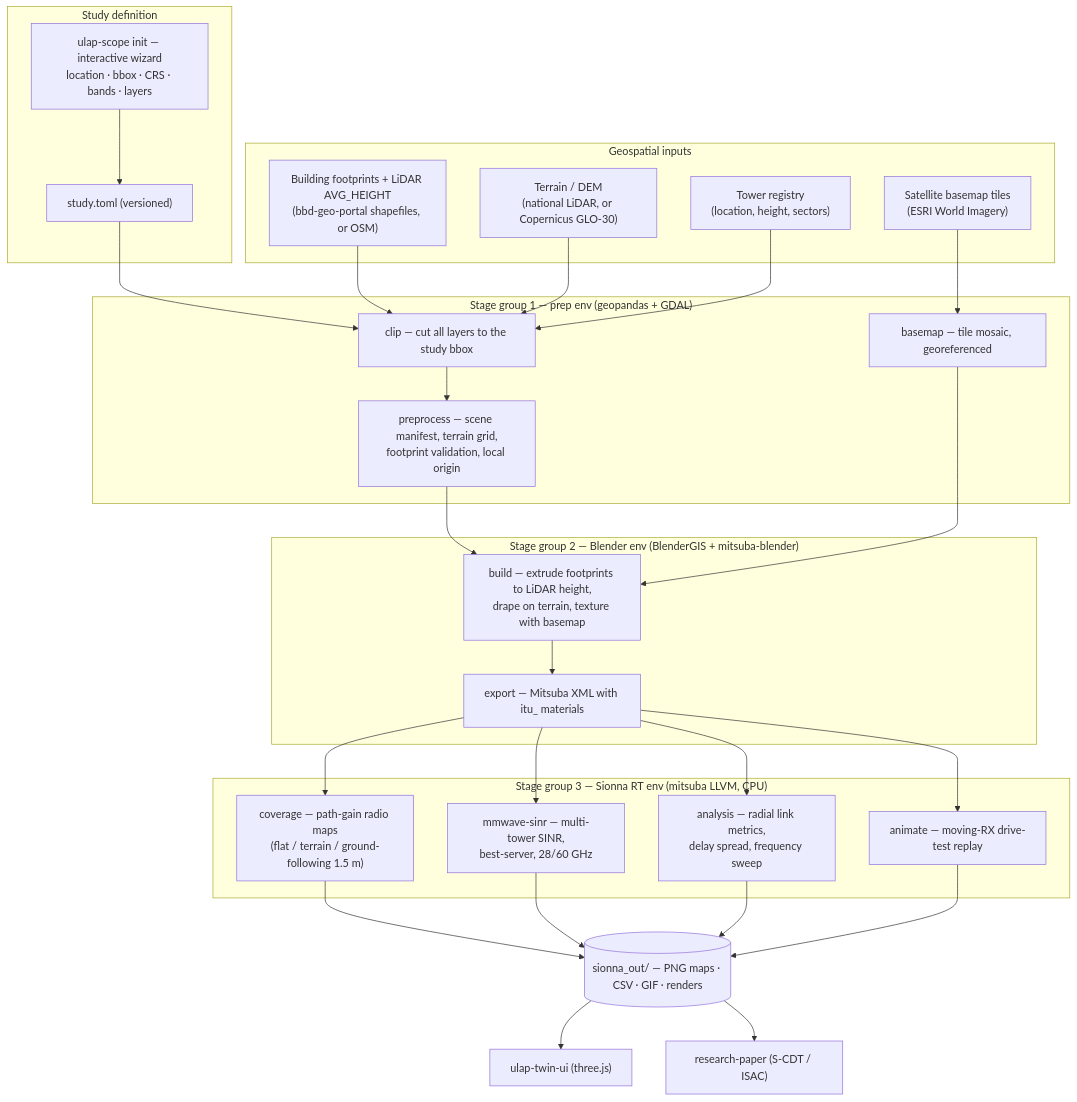
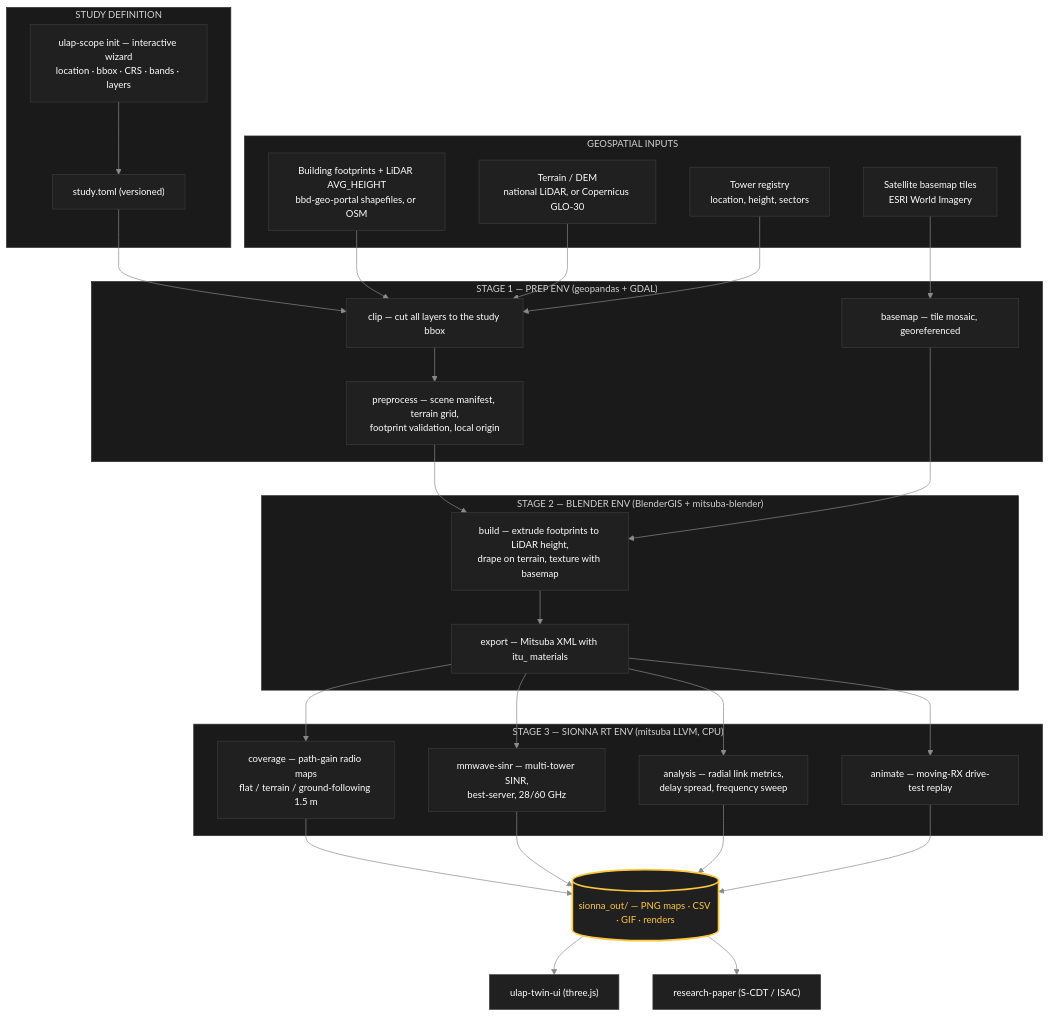
The diagram in docs/ARCHITECTURE.md (aminitech/aminiulap-digital-twin), drawn with Mermaid before and after one commit. The commit also changed other lines of this file and 52 other files, not shown here.

````diff
--- a/docs/ARCHITECTURE.md
+++ b/docs/ARCHITECTURE.md
@@ -7,42 +7,46 @@
 ```mermaid
+%%{init: {'theme':'base','themeVariables':{'darkMode':true,'background':'#121212','primaryColor':'#202020','primaryTextColor':'#FFFFFF','primaryBorderColor':'#3A3A3A','lineColor':'#8A8A8A','textColor':'#FFFFFF','mainBkg':'#202020','nodeBorder':'#3A3A3A','clusterBkg':'#1A1A1A','clusterBorder':'#2E2E2E','edgeLabelBackground':'#1A1A1A','fontSize':'14px'}}}%%
 flowchart TB
-  subgraph INPUTS["Geospatial inputs"]
-    SHP["Building footprints + LiDAR AVG_HEIGHT\n(bbd-geo-portal shapefiles, or OSM)"]
-    DEM["Terrain / DEM\n(national LiDAR, or Copernicus GLO-30)"]
-    SAT["Satellite basemap tiles\n(ESRI World Imagery)"]
-    TWR["Tower registry\n(location, height, sectors)"]
+  subgraph INPUTS["GEOSPATIAL INPUTS"]
+    SHP["Building footprints + LiDAR AVG_HEIGHT<br/>bbd-geo-portal shapefiles, or OSM"]
+    DEM["Terrain / DEM<br/>national LiDAR, or Copernicus GLO-30"]
+    SAT["Satellite basemap tiles<br/>ESRI World Imagery"]
+    TWR["Tower registry<br/>location, height, sectors"]
   end
 
-  subgraph STUDY["Study definition"]
-    WIZ["ulap-scope init — interactive wizard\nlocation · bbox · CRS · bands · layers"]
+  subgraph STUDY["STUDY DEFINITION"]
+    WIZ["ulap-scope init — interactive wizard<br/>location · bbox · CRS · bands · layers"]
     TOML["study.toml (versioned)"]
     WIZ --> TOML
   end
 
-  subgraph PREP["Stage group 1 — prep env (geopandas + GDAL)"]
+  subgraph PREP["STAGE 1 — PREP ENV (geopandas + GDAL)"]
     CLIP["clip — cut all layers to the study bbox"]
-    PRE["preprocess — scene manifest, terrain grid,\nfootprint validation, local origin"]
+    PRE["preprocess — scene manifest, terrain grid,<br/>footprint validation, local origin"]
     BASE["basemap — tile mosaic, georeferenced"]
   end
 
-  subgraph BLD["Stage group 2 — Blender env (BlenderGIS + mitsuba-blender)"]
-    BUILD["build — extrude footprints to LiDAR height,\ndrape on terrain, texture with basemap"]
+  subgraph BLD["STAGE 2 — BLENDER ENV (BlenderGIS + mitsuba-blender)"]
+    BUILD["build — extrude footprints to LiDAR height,<br/>drape on terrain, texture with basemap"]
     EXP["export — Mitsuba XML with itu_ materials"]
   end
 
-  subgraph RT["Stage group 3 — Sionna RT env (mitsuba LLVM, CPU)"]
-    COV["coverage — path-gain radio maps\n(flat / terrain / ground-following 1.5 m)"]
-    SINR["mmwave-sinr — multi-tower SINR,\nbest-server, 28/60 GHz"]
-    LINK["analysis — radial link metrics,\ndelay spread, frequency sweep"]
+  subgraph RT["STAGE 3 — SIONNA RT ENV (mitsuba LLVM, CPU)"]
+    COV["coverage — path-gain radio maps<br/>flat / terrain / ground-following 1.5 m"]
+    SINR["mmwave-sinr — multi-tower SINR,<br/>best-server, 28/60 GHz"]
+    LINK["analysis — radial link metrics,<br/>delay spread, frequency sweep"]
     ANIM["animate — moving-RX drive-test replay"]
   end
 
   OUT[("sionna_out/ — PNG maps · CSV · GIF · renders")]
 
   TOML --> CLIP
   SHP & DEM & TWR --> CLIP --> PRE --> BUILD
   SAT --> BASE --> BUILD
   BUILD --> EXP --> COV & SINR & LINK & ANIM --> OUT
   OUT --> UI["ulap-twin-ui (three.js)"]
   OUT --> PAPER["research-paper (S-CDT / ISAC)"]
+
+  classDef hero fill:#202020,stroke:#FFC83C,stroke-width:2.5px,color:#FFC83C
+  class OUT hero
 ```
````
